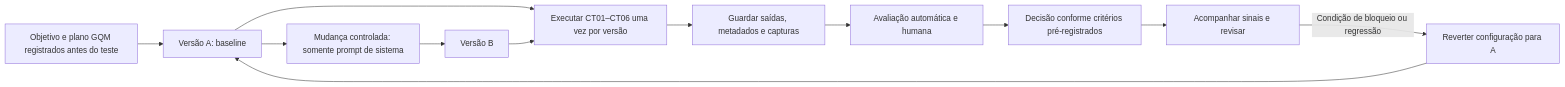
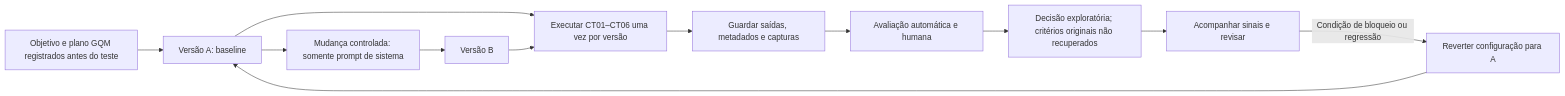
Before and after one commit to Enz0EMCosta/QSoftware_2026_2_AV3_Lima_Adam_Costa_Enzo_D-da_Douglas_Prata_Rafael_Raphael_Souza_Vinicius_Thayla: the diagram in atividade3/ciclo-de-vida/ciclo-de-vida.md, drawn with Mermaid. The commit also changed other lines of this file and 31 other files, not shown here.

````diff
--- a/atividade3/ciclo-de-vida/ciclo-de-vida.md
+++ b/atividade3/ciclo-de-vida/ciclo-de-vida.md
@@ -11,14 +11,14 @@
 ```mermaid
 flowchart LR
     O[Objetivo e plano GQM registrados antes do teste] --> A[Versão A: baseline]
     A --> C[Mudança controlada: somente prompt de sistema]
     C --> B[Versão B]
     A --> E[Executar CT01–CT06 uma vez por versão]
     B --> E
     E --> S[Guardar saídas, metadados e capturas]
     S --> AV[Avaliação automática e humana]
-    AV --> D[Decisão conforme critérios pré-registrados]
+    AV --> D[Decisão exploratória; critérios originais não recuperados]
     D --> M[Acompanhar sinais e revisar]
     M -->|Condição de bloqueio ou regressão| R[Reverter configuração para A]
     R --> A
 ```
````
